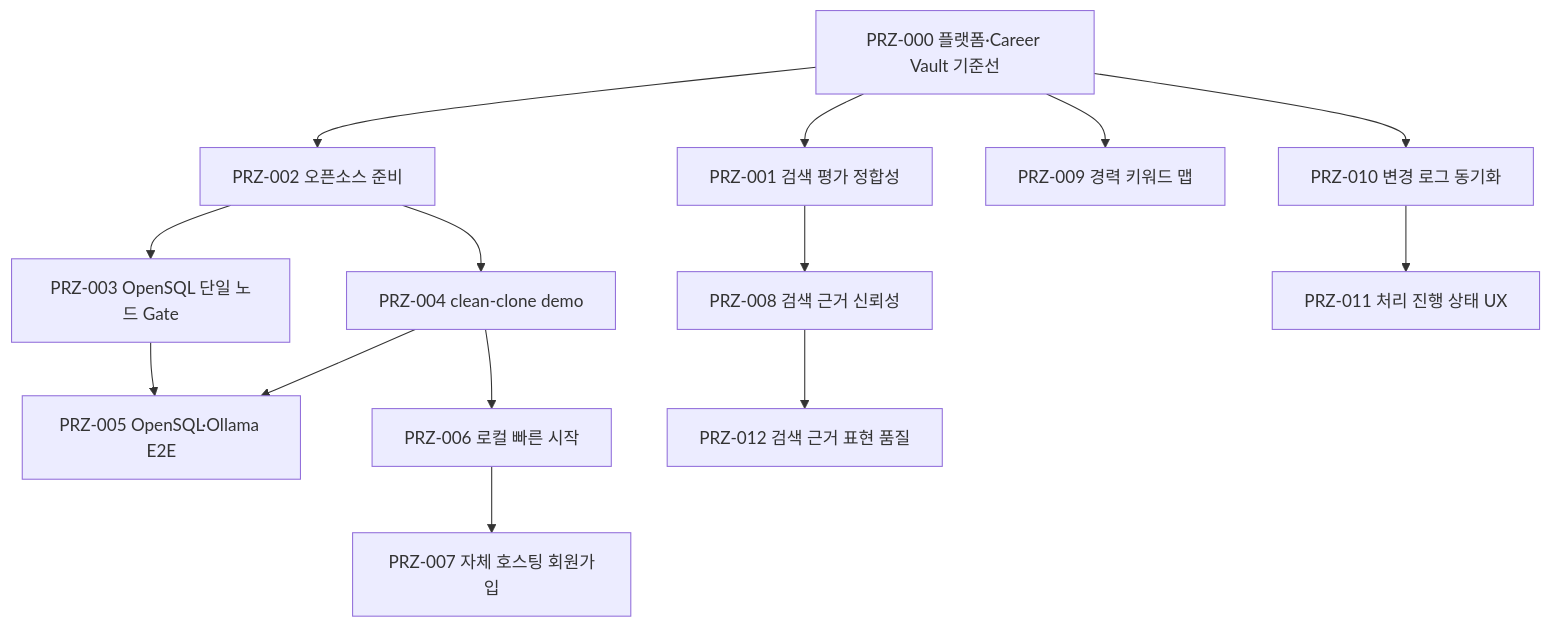
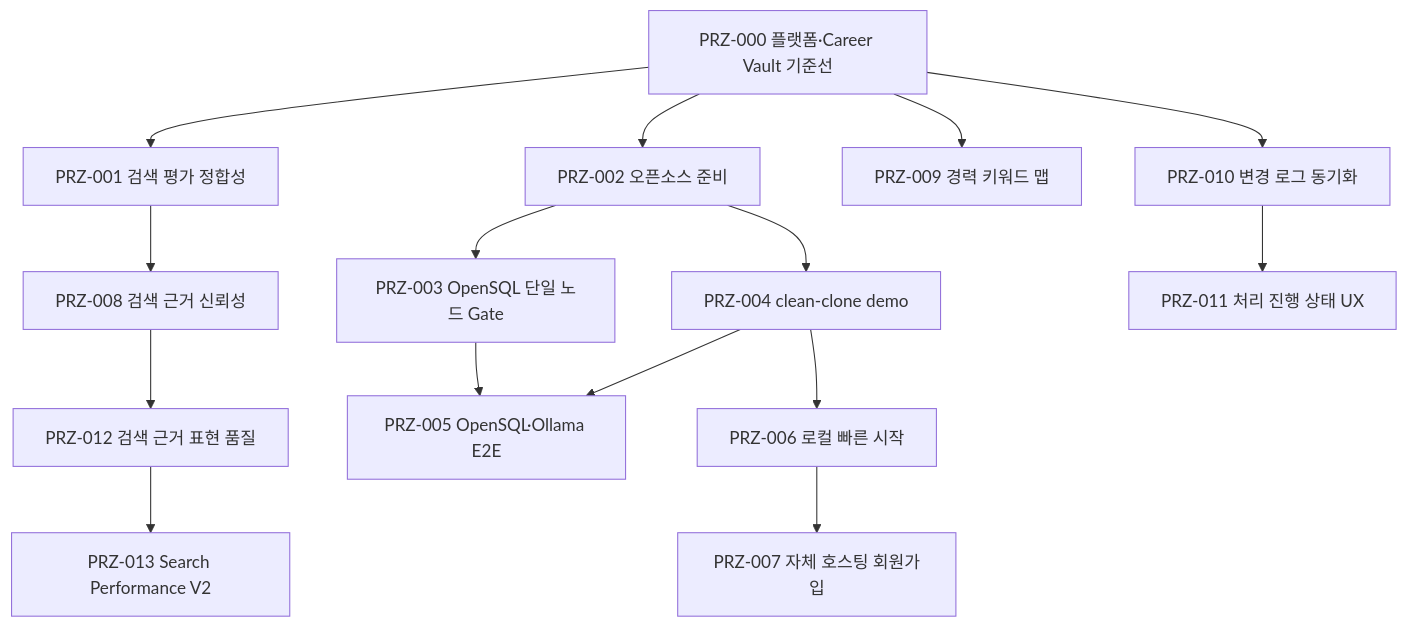
The diagram in specs/README.md (jaemin-devlog/PRIZM), drawn with Mermaid before and after one commit. The commit also changed other lines of this file and 35 other files, not shown here.

````diff
--- a/specs/README.md
+++ b/specs/README.md
@@ -23,23 +24,24 @@
 ```mermaid
 flowchart TD
     PRZ000["PRZ-000 플랫폼·Career Vault 기준선"]
     PRZ001["PRZ-001 검색 평가 정합성"]
     PRZ002["PRZ-002 오픈소스 준비"]
     PRZ003["PRZ-003 OpenSQL 단일 노드 Gate"]
     PRZ004["PRZ-004 clean-clone demo"]
     PRZ005["PRZ-005 OpenSQL·Ollama E2E"]
     PRZ006["PRZ-006 로컬 빠른 시작"]
     PRZ007["PRZ-007 자체 호스팅 회원가입"]
     PRZ008["PRZ-008 검색 근거 신뢰성"]
     PRZ009["PRZ-009 경력 키워드 맵"]
     PRZ010["PRZ-010 변경 로그 동기화"]
     PRZ011["PRZ-011 처리 진행 상태 UX"]
     PRZ012["PRZ-012 검색 근거 표현 품질"]
+    PRZ013["PRZ-013 Search Performance V2"]
 
-    PRZ000 --> PRZ001 --> PRZ008 --> PRZ012
+    PRZ000 --> PRZ001 --> PRZ008 --> PRZ012 --> PRZ013
     PRZ000 --> PRZ002 --> PRZ003 --> PRZ005
     PRZ002 --> PRZ004 --> PRZ005
     PRZ004 --> PRZ006 --> PRZ007
     PRZ000 --> PRZ009
     PRZ000 --> PRZ010 --> PRZ011
 ```
````
